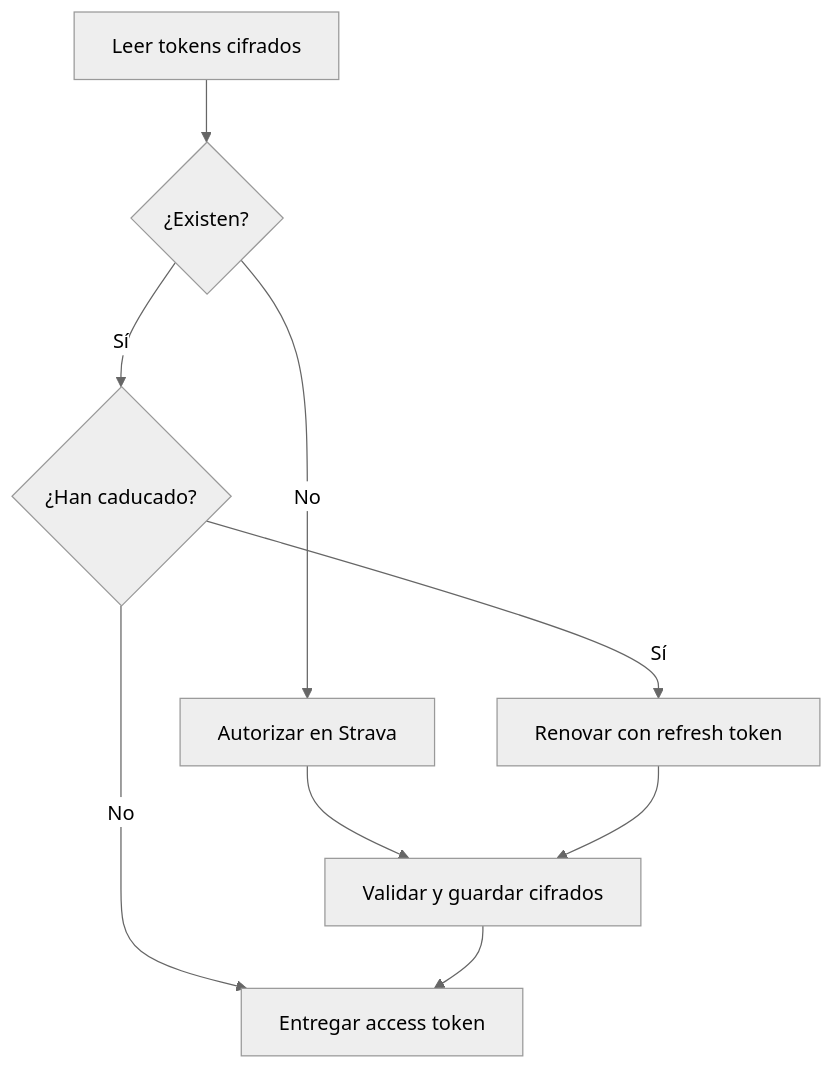
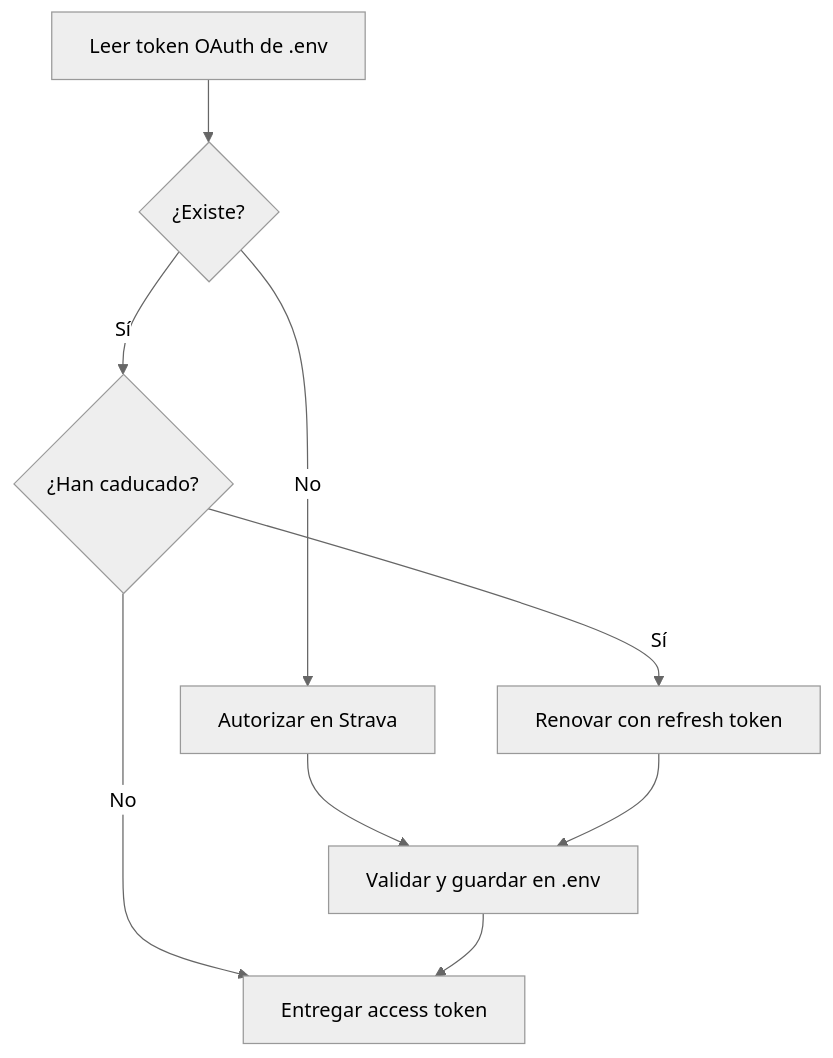
One commit to AlexAlgarate/strava_analisys changed the diagram in docs/security.md. Above: the diagram before and after it, drawn with Mermaid (neutral theme). The commit also changed other lines of this file and 13 other files, not shown here.

Commit message:
refactor: store OAuth token in local env file

````diff
--- a/docs/security.md
+++ b/docs/security.md
@@ -44,11 +51,11 @@
 ```mermaid
 flowchart TD
-    Load["Leer tokens cifrados"] --> Exists{"¿Existen?"}
+    Load["Leer token OAuth de .env"] --> Exists{"¿Existe?"}
     Exists -- No --> Authorize["Autorizar en Strava"]
     Exists -- Sí --> Expired{"¿Han caducado?"}
     Expired -- No --> Return["Entregar access token"]
     Expired -- Sí --> Refresh["Renovar con refresh token"]
-    Authorize --> Save["Validar y guardar cifrados"]
+    Authorize --> Save["Validar y guardar en .env"]
     Refresh --> Save
     Save --> Return
 ```
````
